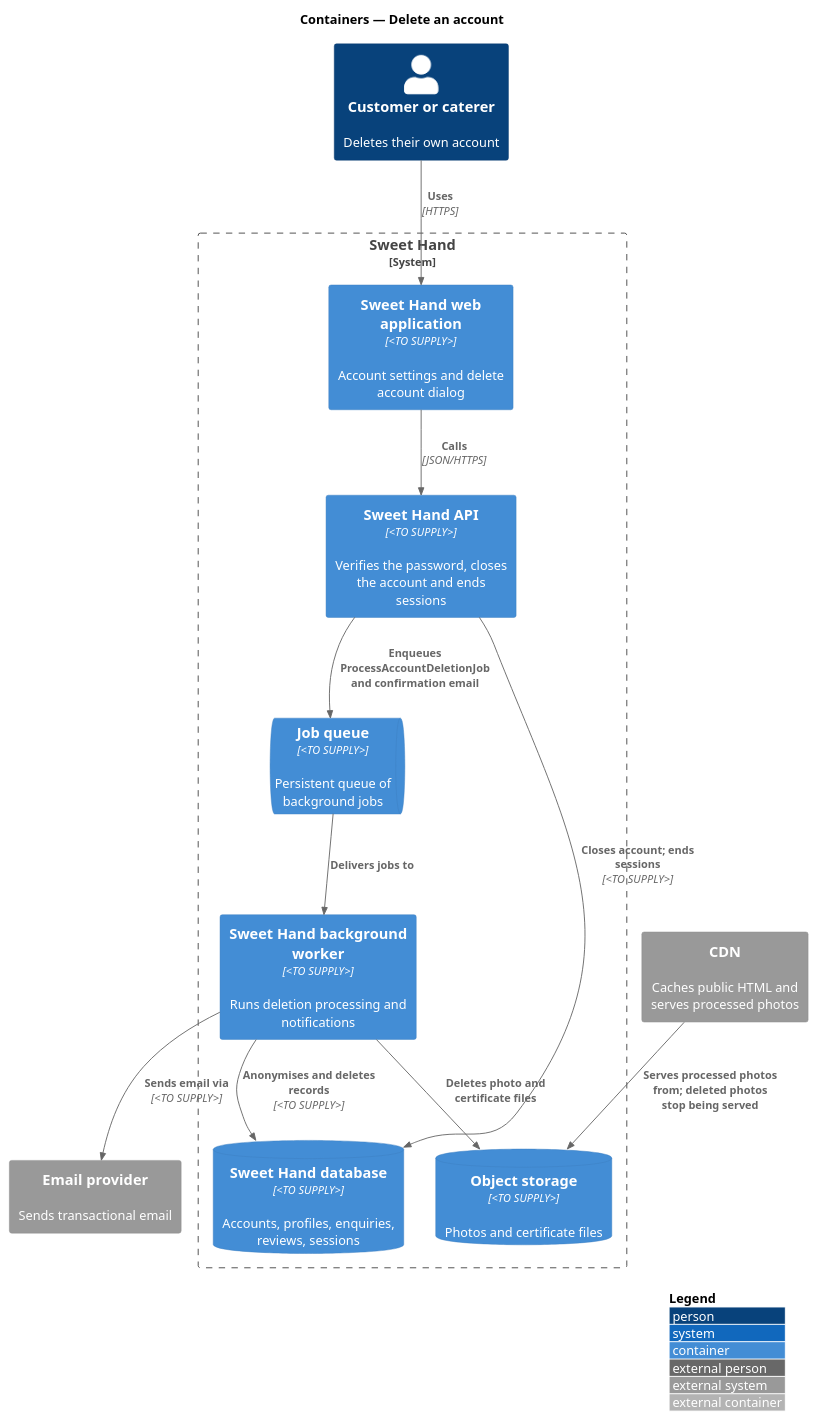
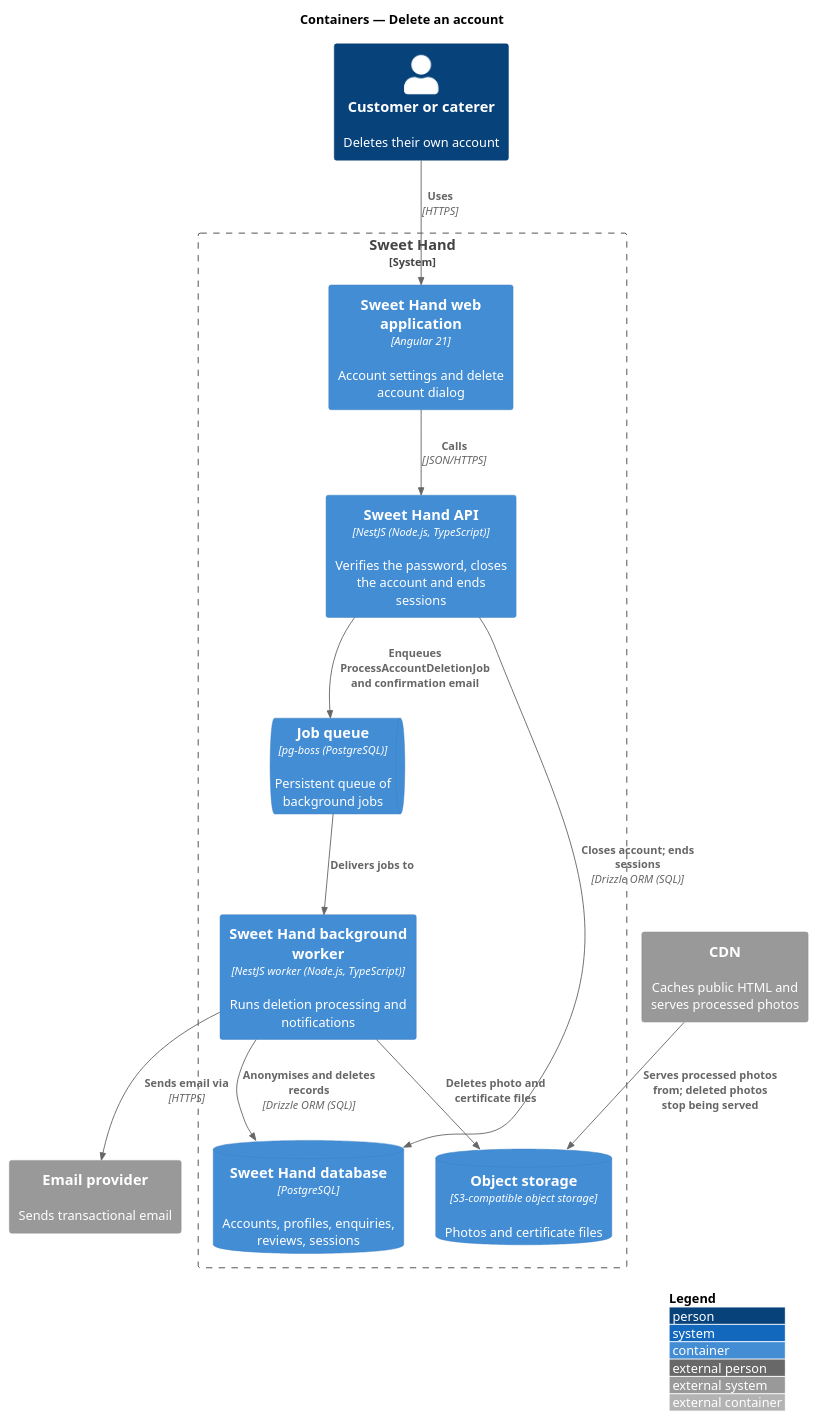
One commit to QuinntyneBrown/sweet-hand changed the diagram in docs/detailed-designs/privacy/delete-account/diagrams/c4-container.puml. Above: the diagram before and after it, drawn with PlantUML. The commit also changed 34 other files, not shown here.

```diff
--- a/docs/detailed-designs/privacy/delete-account/diagrams/c4-container.puml
+++ b/docs/detailed-designs/privacy/delete-account/diagrams/c4-container.puml
@@ -1,27 +1,27 @@
 @startuml
 !include <C4/C4_Container>
 LAYOUT_WITH_LEGEND()
 title Containers — Delete an account
 
 Person(user, "Customer or caterer", "Deletes their own account")
 System_Ext(email, "Email provider", "Sends transactional email")
 System_Ext(cdn, "CDN", "Caches public HTML and serves processed photos")
 System_Boundary(sweethand, "Sweet Hand") {
-  Container(web, "Sweet Hand web application", "<TO SUPPLY>", "Account settings and delete account dialog")
-  Container(api, "Sweet Hand API", "<TO SUPPLY>", "Verifies the password, closes the account and ends sessions")
-  ContainerQueue(queue, "Job queue", "<TO SUPPLY>", "Persistent queue of background jobs")
-  Container(worker, "Sweet Hand background worker", "<TO SUPPLY>", "Runs deletion processing and notifications")
-  ContainerDb(db, "Sweet Hand database", "<TO SUPPLY>", "Accounts, profiles, enquiries, reviews, sessions")
-  ContainerDb(storage, "Object storage", "<TO SUPPLY>", "Photos and certificate files")
+  Container(web, "Sweet Hand web application", "Angular 21", "Account settings and delete account dialog")
+  Container(api, "Sweet Hand API", "NestJS (Node.js, TypeScript)", "Verifies the password, closes the account and ends sessions")
+  ContainerQueue(queue, "Job queue", "pg-boss (PostgreSQL)", "Persistent queue of background jobs")
+  Container(worker, "Sweet Hand background worker", "NestJS worker (Node.js, TypeScript)", "Runs deletion processing and notifications")
+  ContainerDb(db, "Sweet Hand database", "PostgreSQL", "Accounts, profiles, enquiries, reviews, sessions")
+  ContainerDb(storage, "Object storage", "S3-compatible object storage", "Photos and certificate files")
 }
 
 Rel(user, web, "Uses", "HTTPS")
 Rel(web, api, "Calls", "JSON/HTTPS")
-Rel(api, db, "Closes account; ends sessions", "<TO SUPPLY>")
+Rel(api, db, "Closes account; ends sessions", "Drizzle ORM (SQL)")
 Rel(api, queue, "Enqueues ProcessAccountDeletionJob and confirmation email")
 Rel(queue, worker, "Delivers jobs to")
-Rel(worker, db, "Anonymises and deletes records", "<TO SUPPLY>")
+Rel(worker, db, "Anonymises and deletes records", "Drizzle ORM (SQL)")
 Rel(worker, storage, "Deletes photo and certificate files")
 Rel(cdn, storage, "Serves processed photos from; deleted photos stop being served")
-Rel(worker, email, "Sends email via", "<TO SUPPLY>")
+Rel(worker, email, "Sends email via", "HTTPS")
 @enduml
```
